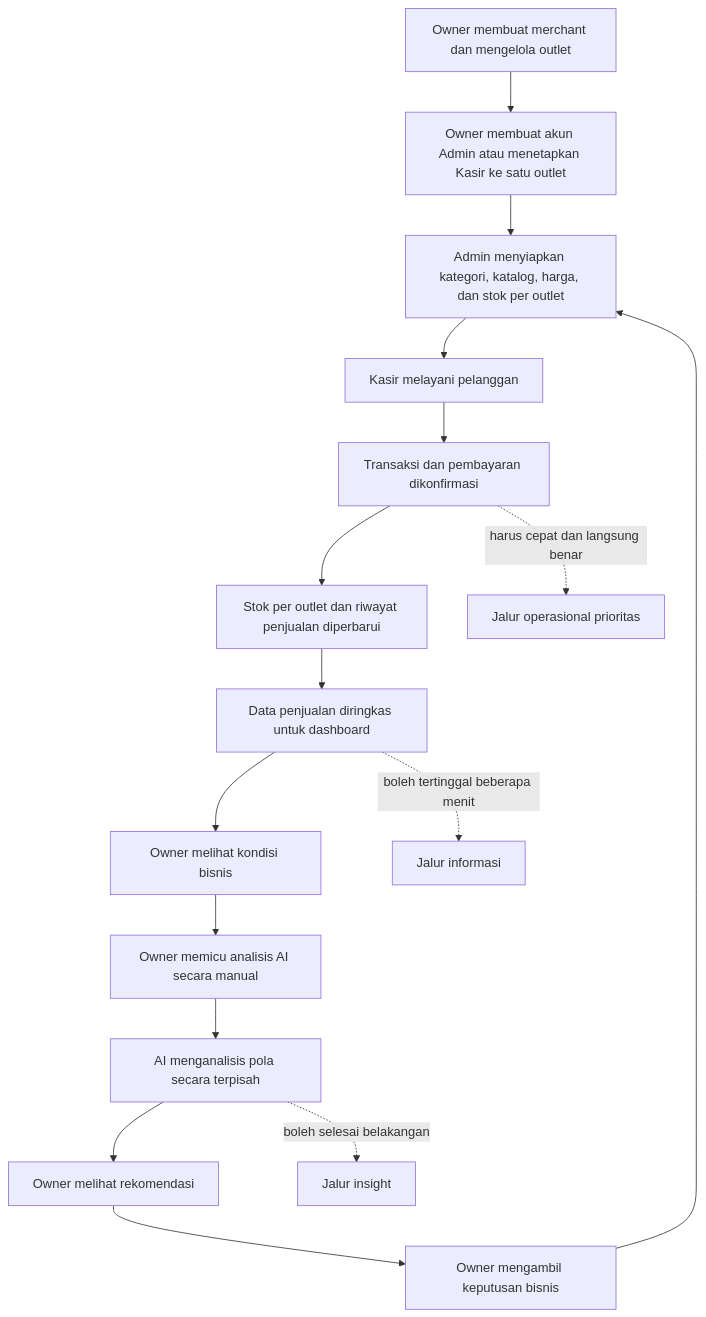
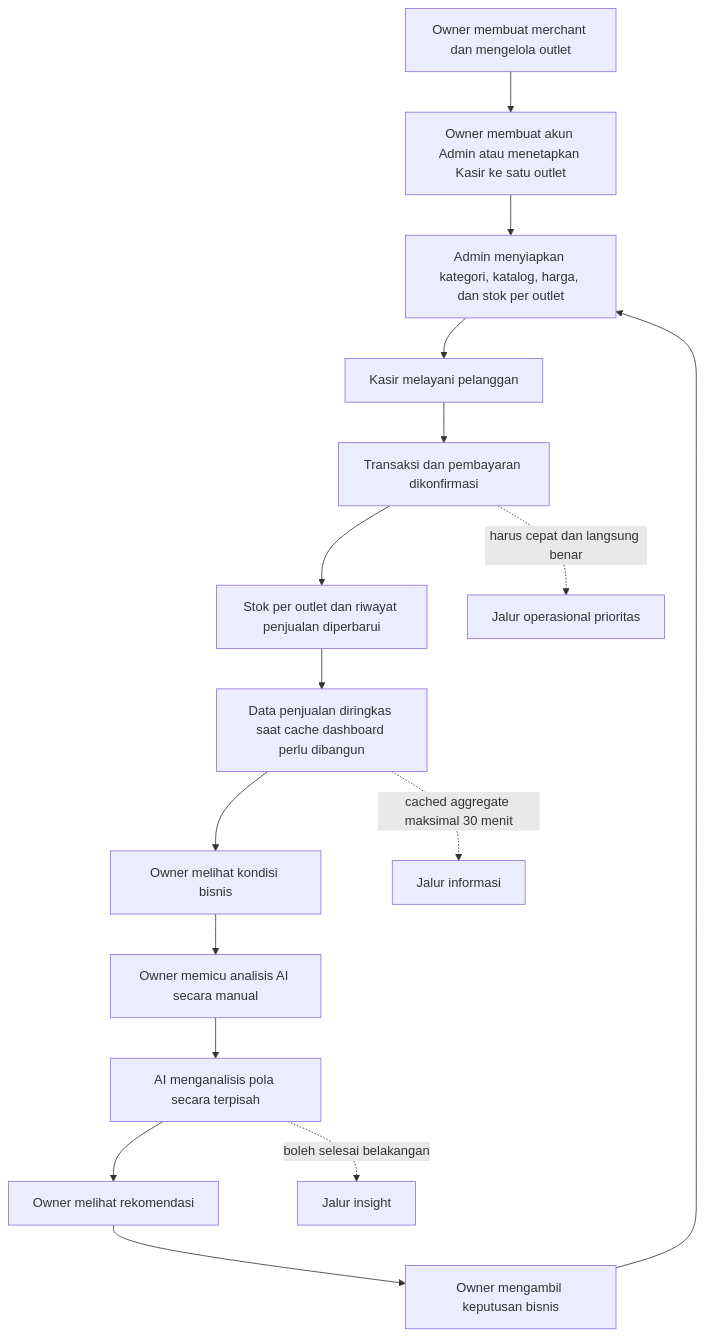
One commit to TeamOneee/pos-project-be changed the first of 5 diagrams in docs/deliverables/01-iterasi-1-business-flow.md. Above: the diagram before and after it, drawn with Mermaid. The commit also changed other lines of this file and 4 other files, not shown here.

First line of the commit message:
docs: sederhanakan autentikasi, pembayaran, dan reporting MVP

````diff
--- a/docs/deliverables/01-iterasi-1-business-flow.md
+++ b/docs/deliverables/01-iterasi-1-business-flow.md
@@ -116,3 +116,3 @@
 ```mermaid
-flowchart TD; A["Owner membuat merchant dan mengelola outlet"] --> B["Owner membuat akun Admin atau menetapkan Kasir ke satu outlet"]; B --> C["Admin menyiapkan kategori, katalog, harga, dan stok per outlet"]; C --> D["Kasir melayani pelanggan"]; D --> E["Transaksi dan pembayaran dikonfirmasi"]; E --> F["Stok per outlet dan riwayat penjualan diperbarui"]; F --> G["Data penjualan diringkas untuk dashboard"]; G --> H["Owner melihat kondisi bisnis"]; H --> I["Owner memicu analisis AI secara manual"]; I --> J["AI menganalisis pola secara terpisah"]; J --> K["Owner melihat rekomendasi"]; K --> L["Owner mengambil keputusan bisnis"]; L --> C; E -. "harus cepat dan langsung benar" .-> M["Jalur operasional prioritas"]; G -. "boleh tertinggal beberapa menit" .-> N["Jalur informasi"]; J -. "boleh selesai belakangan" .-> P["Jalur insight"];
+flowchart TD; A["Owner membuat merchant dan mengelola outlet"] --> B["Owner membuat akun Admin atau menetapkan Kasir ke satu outlet"]; B --> C["Admin menyiapkan kategori, katalog, harga, dan stok per outlet"]; C --> D["Kasir melayani pelanggan"]; D --> E["Transaksi dan pembayaran dikonfirmasi"]; E --> F["Stok per outlet dan riwayat penjualan diperbarui"]; F --> G["Data penjualan diringkas saat cache dashboard perlu dibangun"]; G --> H["Owner melihat kondisi bisnis"]; H --> I["Owner memicu analisis AI secara manual"]; I --> J["AI menganalisis pola secara terpisah"]; J --> K["Owner melihat rekomendasi"]; K --> L["Owner mengambil keputusan bisnis"]; L --> C; E -. "harus cepat dan langsung benar" .-> M["Jalur operasional prioritas"]; G -. "cached aggregate maksimal 30 menit" .-> N["Jalur informasi"]; J -. "boleh selesai belakangan" .-> P["Jalur insight"];
 ```
````
